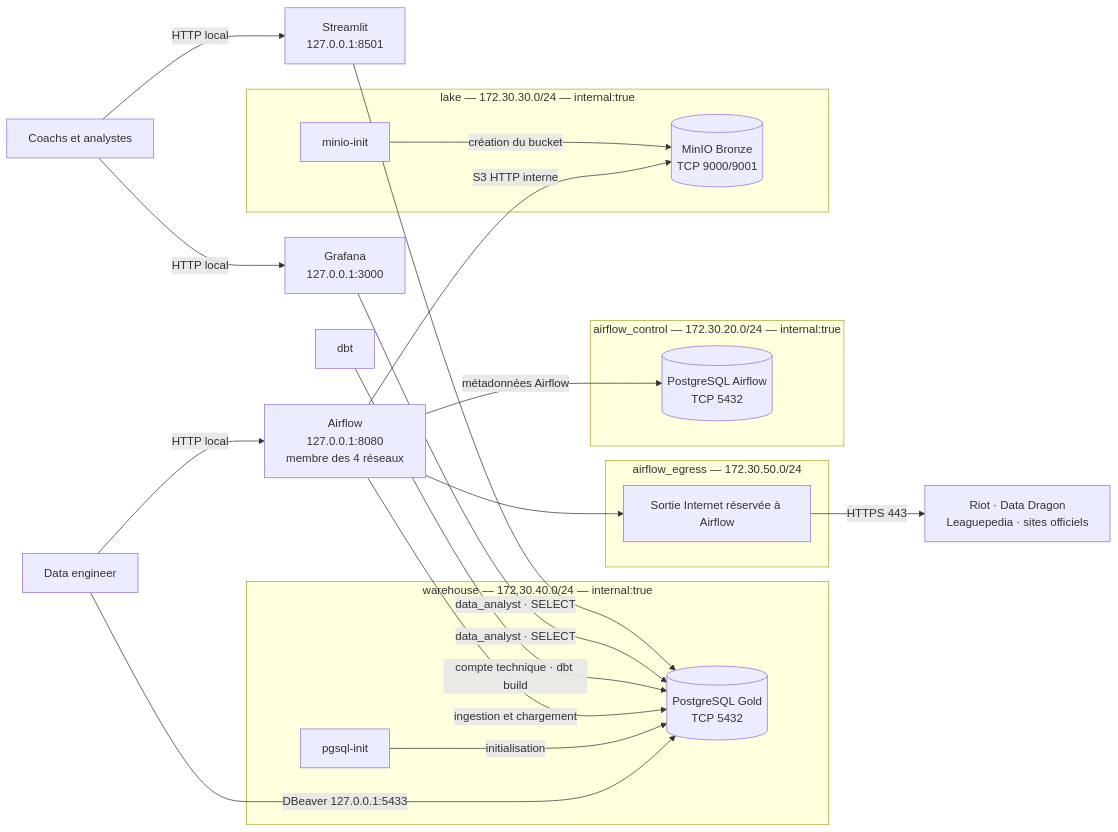
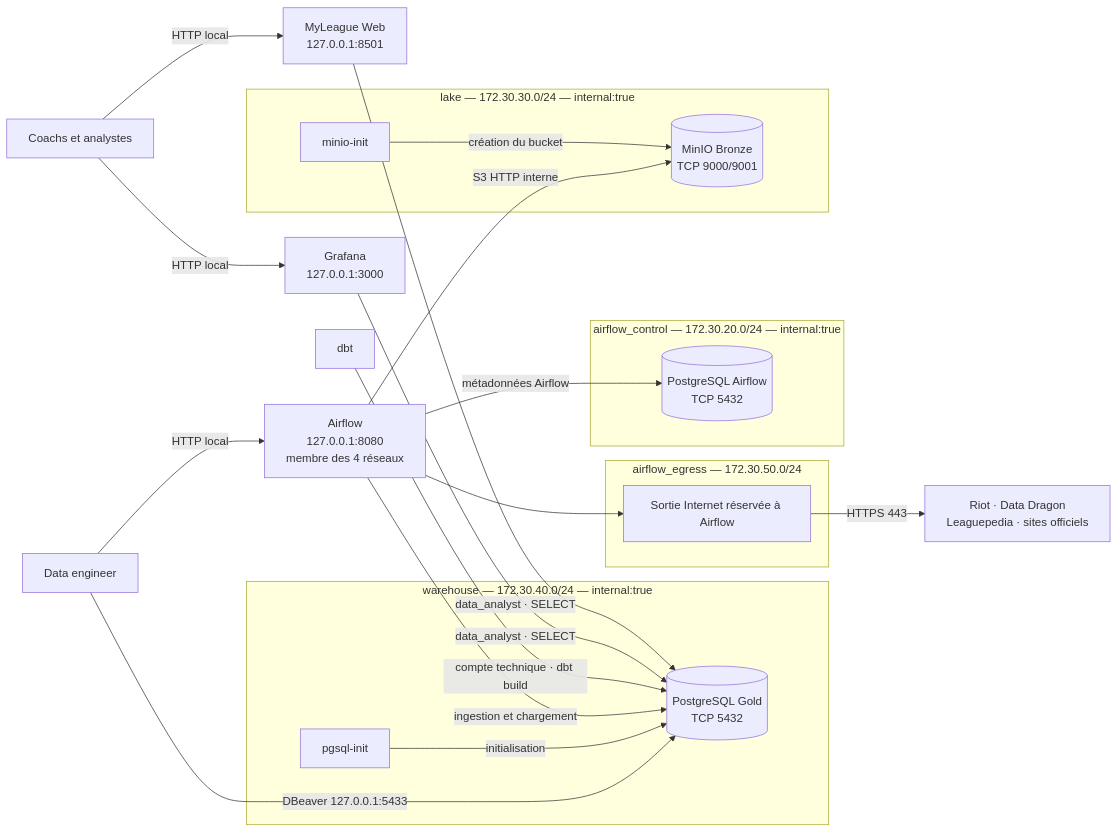
The fifth of 5 diagrams in README.md (Randil12/MyLeague), drawn with Mermaid before and after one commit. The commit also changed other lines of this file and 15 other files, not shown here.

````diff
--- a/README.md
+++ b/README.md
@@ -403,45 +456,45 @@
 ```mermaid
 flowchart LR
     USER["Coachs et analystes"]
     ADMIN["Data engineer"]
     SOURCES["Riot · Data Dragon<br/>Leaguepedia · sites officiels"]
 
-    ST["Streamlit<br/>127.0.0.1:8501"]
+    ST["MyLeague Web<br/>127.0.0.1:8501"]
     GRAF["Grafana<br/>127.0.0.1:3000"]
     AF["Airflow<br/>127.0.0.1:8080<br/>membre des 4 réseaux"]
     DBT["dbt"]
 
     subgraph CONTROL["airflow_control — 172.30.20.0/24 — internal:true"]
         META[("PostgreSQL Airflow<br/>TCP 5432")]
     end
 
     subgraph LAKE["lake — 172.30.30.0/24 — internal:true"]
         MINIO[("MinIO Bronze<br/>TCP 9000/9001")]
         MINIOINIT["minio-init"]
     end
 
     subgraph WAREHOUSE["warehouse — 172.30.40.0/24 — internal:true"]
         PG[("PostgreSQL Gold<br/>TCP 5432")]
         PGSQLINIT["pgsql-init"]
     end
 
     subgraph EGRESS["airflow_egress — 172.30.50.0/24"]
         OUT["Sortie Internet réservée à Airflow"]
     end
 
     USER -->|"HTTP local"| ST
     USER -->|"HTTP local"| GRAF
     ADMIN -->|"HTTP local"| AF
     ADMIN -->|"DBeaver 127.0.0.1:5433"| PG
 
     ST -->|"data_analyst · SELECT"| PG
     GRAF -->|"data_analyst · SELECT"| PG
     DBT -->|"compte technique · dbt build"| PG
     AF -->|"ingestion et chargement"| PG
     PGSQLINIT -->|"initialisation"| PG
 
     AF -->|"S3 HTTP interne"| MINIO
     MINIOINIT -->|"création du bucket"| MINIO
     AF -->|"métadonnées Airflow"| META
     AF --> OUT -->|"HTTPS 443"| SOURCES
 ```
````
